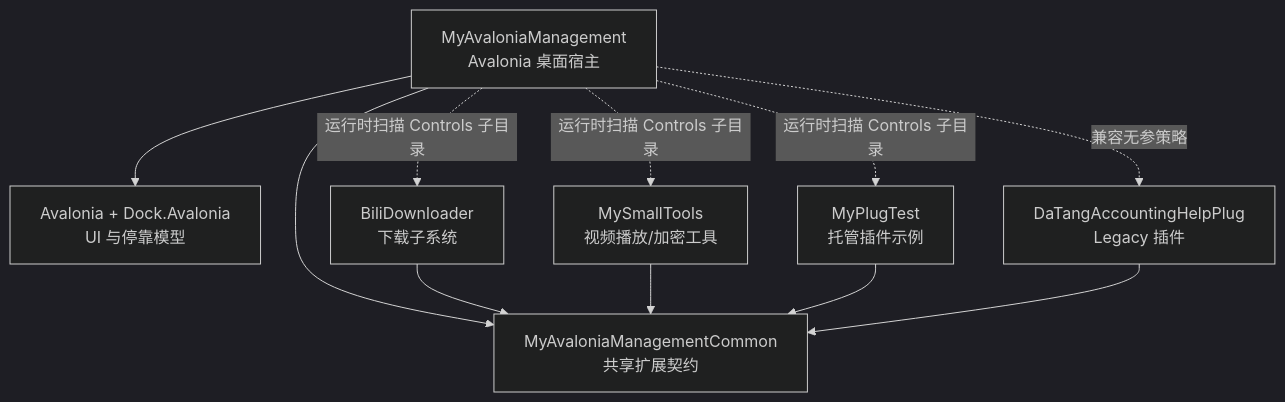
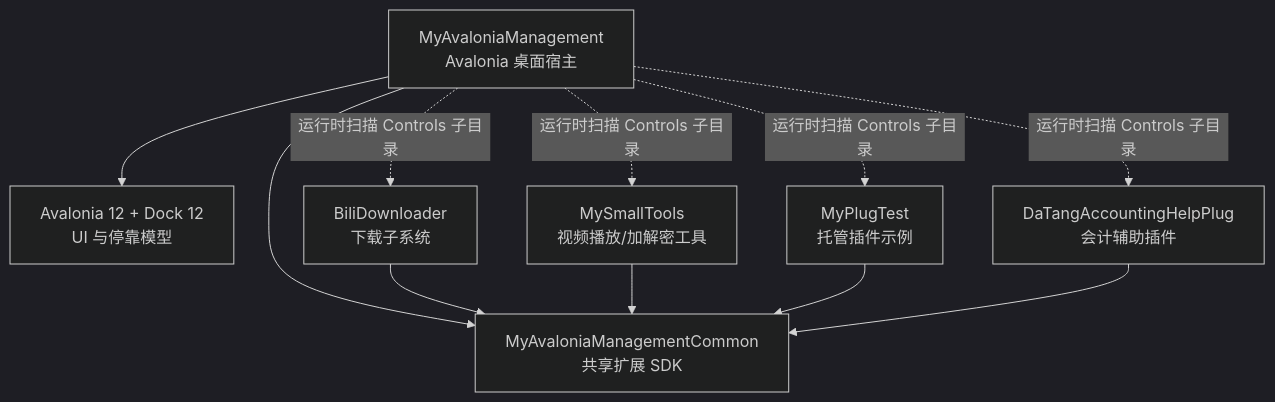
The first of 5 diagrams in docs/host-plugin-architecture-review.md (crownclowngx/avalonia_dock_simple_test), drawn with Mermaid (dark theme) before and after one commit. The commit also changed other lines of this file, not shown here.

````diff
--- a/docs/host-plugin-architecture-review.md
+++ b/docs/host-plugin-architecture-review.md
@@ -28,23 +29,23 @@
 ```mermaid
 flowchart TB
     Host["MyAvaloniaManagement<br/>Avalonia 桌面宿主"]
-    Contract["MyAvaloniaManagementCommon<br/>共享扩展契约"]
-    Dock["Avalonia + Dock.Avalonia<br/>UI 与停靠模型"]
+    Contract["MyAvaloniaManagementCommon<br/>共享扩展 SDK"]
+    Dock["Avalonia 12 + Dock 12<br/>UI 与停靠模型"]
 
     Bili["BiliDownloader<br/>下载子系统"]
-    Small["MySmallTools<br/>视频播放/加密工具"]
+    Small["MySmallTools<br/>视频播放/加解密工具"]
     TestPlug["MyPlugTest<br/>托管插件示例"]
-    Legacy["DaTangAccountingHelpPlug<br/>Legacy 插件"]
+    DaTang["DaTangAccountingHelpPlug<br/>会计辅助插件"]
 
     Host --> Contract
     Host --> Dock
     Bili --> Contract
     Small --> Contract
     TestPlug --> Contract
-    Legacy --> Contract
+    DaTang --> Contract
 
     Host -. "运行时扫描 Controls 子目录" .-> Bili
     Host -. "运行时扫描 Controls 子目录" .-> Small
     Host -. "运行时扫描 Controls 子目录" .-> TestPlug
-    Host -. "兼容无参策略" .-> Legacy
+    Host -. "运行时扫描 Controls 子目录" .-> DaTang
 ```
````
